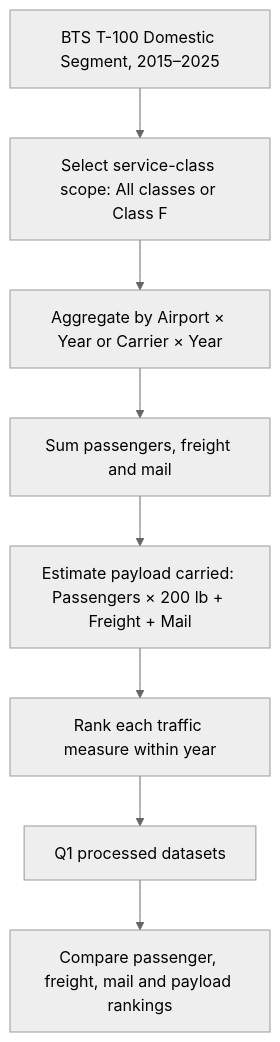
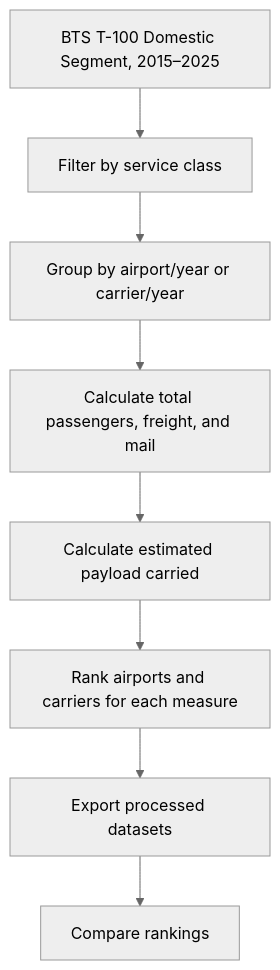
One commit to WebXoX/Info-Viz-Team-Gacha changed the first of 7 diagrams in readme.md. Above: the diagram before and after it, drawn with Mermaid (neutral theme). The commit also changed other lines of this file, not shown here.

````diff
--- a/readme.md
+++ b/readme.md
@@ -59,13 +83,13 @@
 ```mermaid
 flowchart TD
     A["BTS T-100 Domestic Segment, 2015–2025"]
-    B["Select service-class scope: All classes or Class F"]
-    C["Aggregate by Airport × Year or Carrier × Year"]
-    D["Sum passengers, freight and mail"]
-    E["Estimate payload carried: Passengers × 200 lb + Freight + Mail"]
-    F["Rank each traffic measure within year"]
-    G["Q1 processed datasets"]
-    H["Compare passenger, freight, mail and payload rankings"]
+    B["Filter by service class"]
+    C["Group by airport/year or carrier/year"]
+    D["Calculate total passengers, freight, and mail"]
+    E["Calculate estimated payload carried"]
+    F["Rank airports and carriers for each measure"]
+    G["Export processed datasets"]
+    H["Compare rankings"]
 
     A --> B --> C --> D --> E --> F --> G --> H
 ```
````
